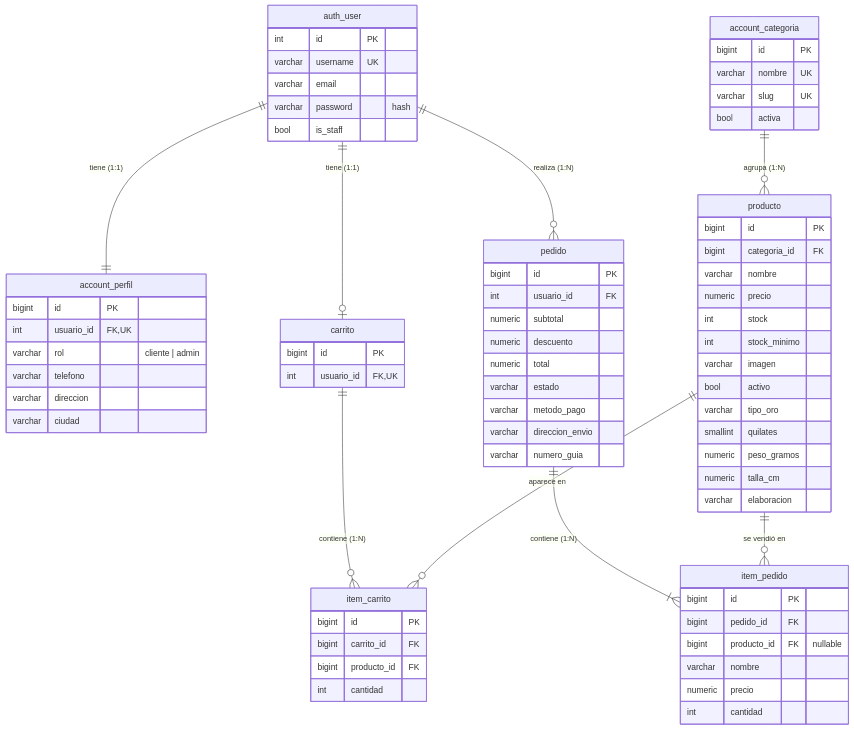
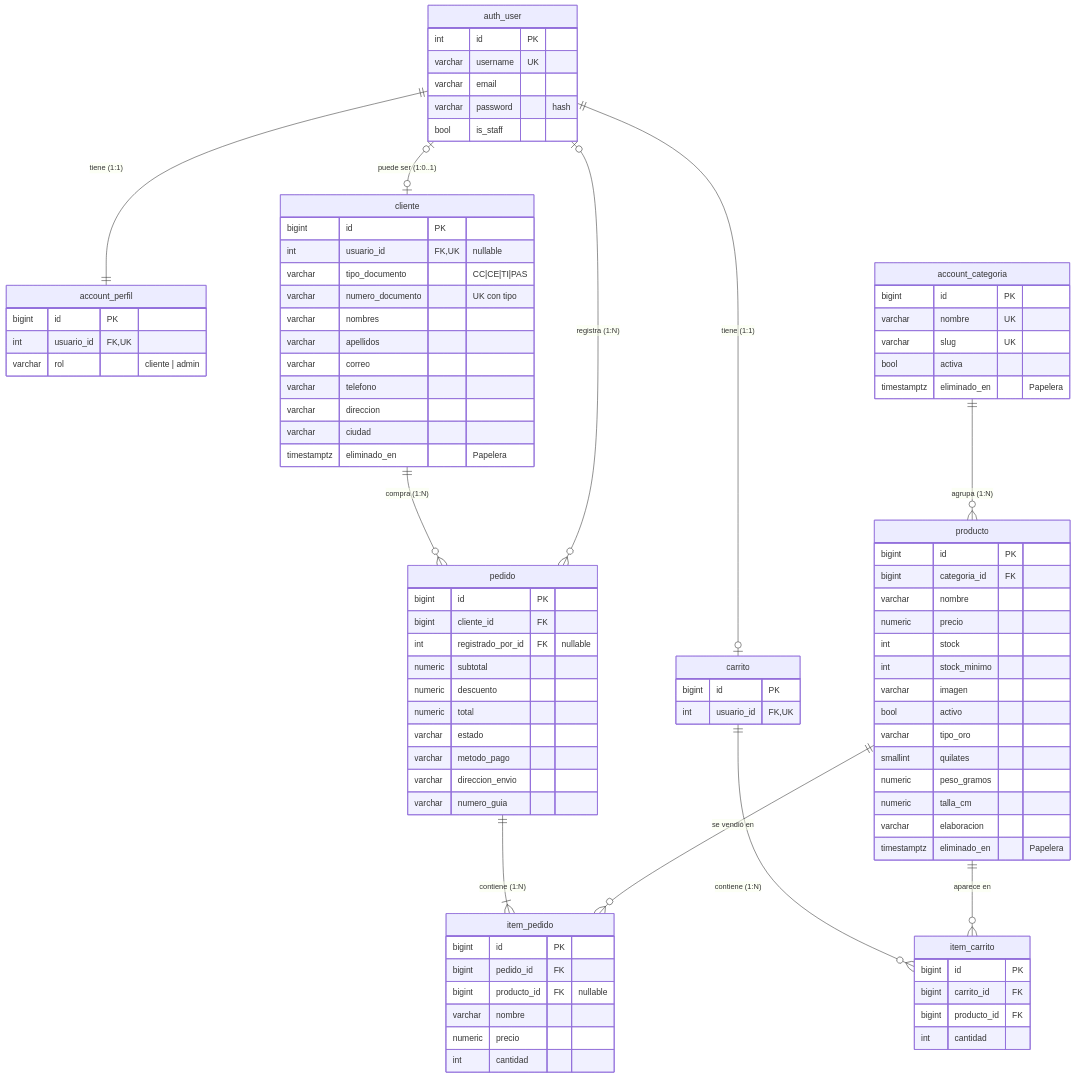
One commit to DERPZ-TEAM/desarrollo-sofaware-2-manillas changed the diagram in docs/02-base-de-datos.md. Above: the diagram before and after it, drawn with Mermaid. The commit also changed other lines of this file and 36 other files, not shown here.

First line of the commit message:
Separar Usuario y Cliente, Papelera con borrado logico y ojito en contraseñas

````diff
--- a/docs/02-base-de-datos.md
+++ b/docs/02-base-de-datos.md
@@ -28,8 +33,10 @@
 ```mermaid
 erDiagram
     auth_user ||--|| account_perfil : "tiene (1:1)"
+    auth_user |o--o| cliente : "puede ser (1:0..1)"
     auth_user ||--o| carrito : "tiene (1:1)"
-    auth_user ||--o{ pedido : "realiza (1:N)"
+    cliente ||--o{ pedido : "compra (1:N)"
+    auth_user |o--o{ pedido : "registra (1:N)"
     account_categoria ||--o{ producto : "agrupa (1:N)"
     carrito ||--o{ item_carrito : "contiene (1:N)"
     producto ||--o{ item_carrito : "aparece en"
@@ -47,15 +54,26 @@
         bigint id PK
         int usuario_id FK,UK
         varchar rol "cliente | admin"
+    }
+    cliente {
+        bigint id PK
+        int usuario_id FK,UK "nullable"
+        varchar tipo_documento "CC|CE|TI|PAS"
+        varchar numero_documento "UK con tipo"
+        varchar nombres
+        varchar apellidos
+        varchar correo
         varchar telefono
         varchar direccion
         varchar ciudad
+        timestamptz eliminado_en "Papelera"
     }
     account_categoria {
         bigint id PK
         varchar nombre UK
         varchar slug UK
         bool activa
+        timestamptz eliminado_en "Papelera"
     }
     producto {
         bigint id PK
@@ -71,6 +89,7 @@
         numeric peso_gramos
         numeric talla_cm
         varchar elaboracion
+        timestamptz eliminado_en "Papelera"
     }
     carrito {
         bigint id PK
@@ -84,7 +103,8 @@
     }
     pedido {
         bigint id PK
-        int usuario_id FK
+        bigint cliente_id FK
+        int registrado_por_id FK "nullable"
         numeric subtotal
         numeric descuento
         numeric total
````
